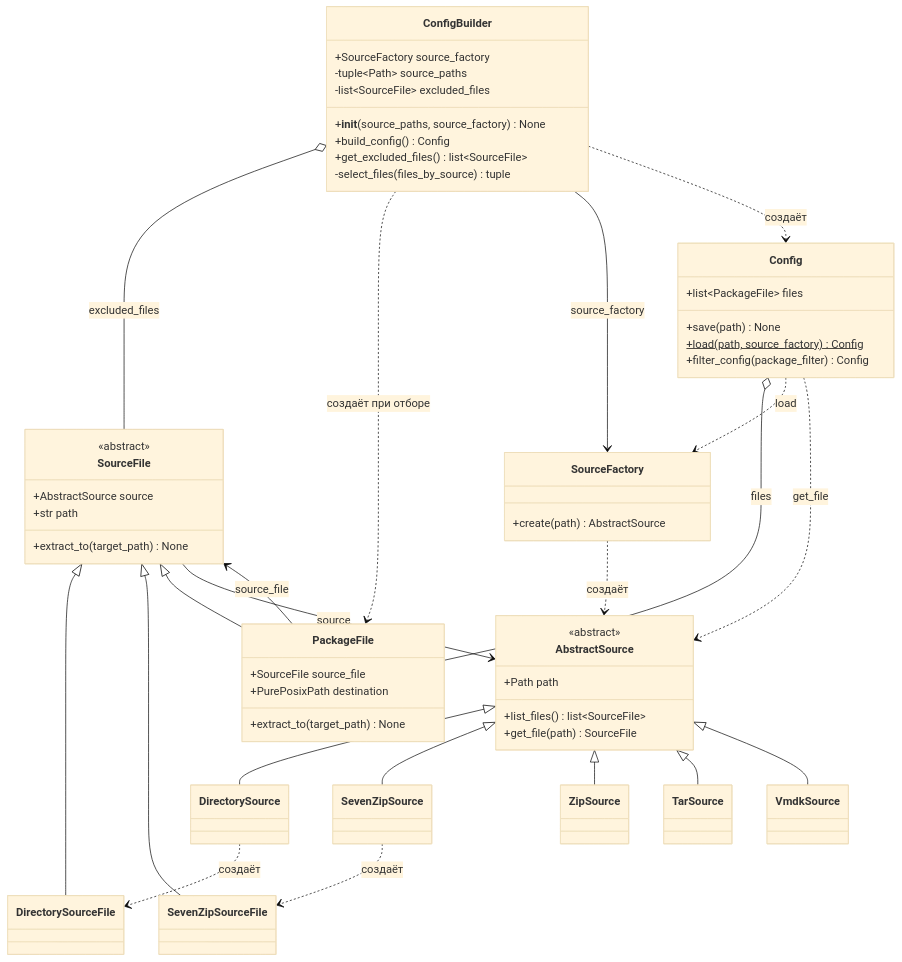
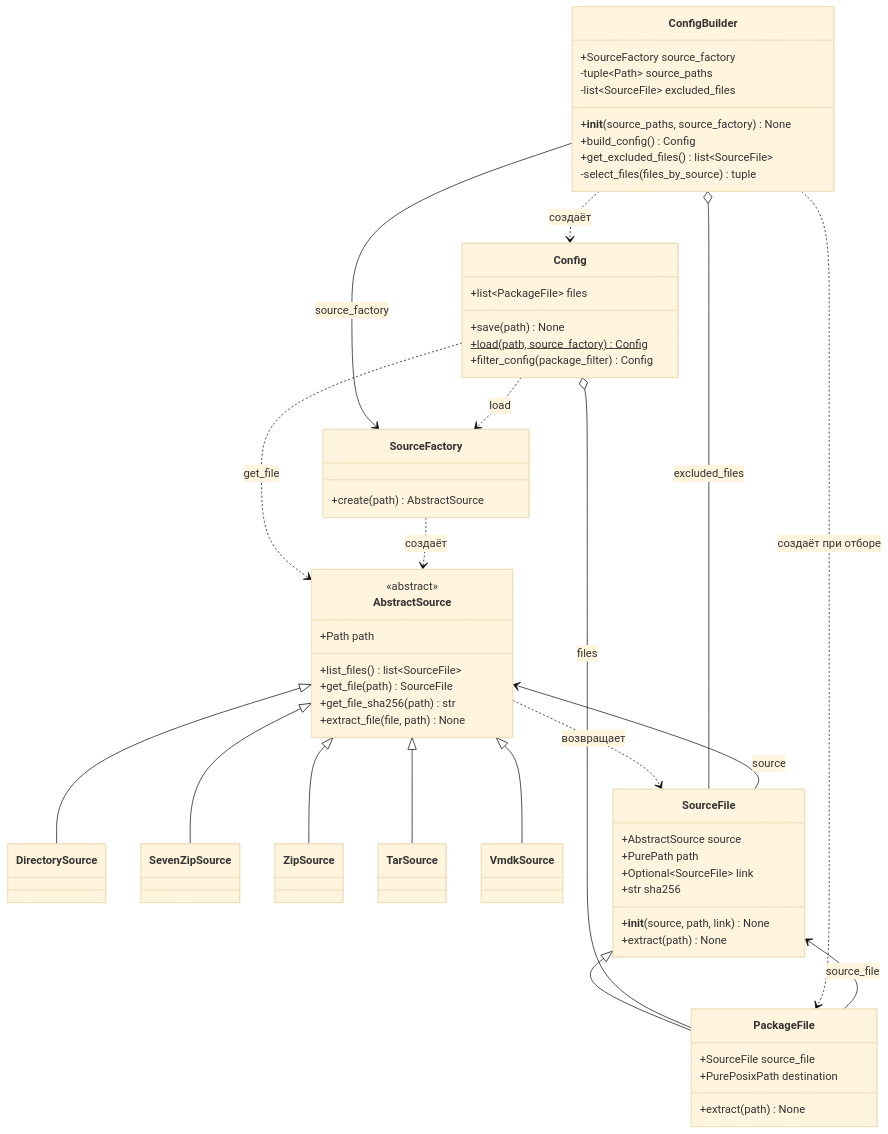
One commit to CPiracy/PWServer changed the first of 2 diagrams in research/package-builder-file-flow.ru.md. Above: the diagram before and after it, drawn with Mermaid (base theme). The commit also changed other lines of this file, not shown here.

Commit message:
Update package builder design documentation

````diff
--- a/research/package-builder-file-flow.ru.md
+++ b/research/package-builder-file-flow.ru.md
@@ -7,75 +7,74 @@
 ```mermaid
 classDiagram
     direction TB
 
     class AbstractSource {
         <<abstract>>
         +Path path
         +list_files() list~SourceFile~
         +get_file(path) SourceFile
+        +get_file_sha256(path) str
+        +extract_file(file, path) None
     }
 
     class DirectorySource
     class SevenZipSource
     class ZipSource
     class TarSource
     class VmdkSource
 
     class SourceFile {
-        <<abstract>>
+        +__init__(source, path, link) None
         +AbstractSource source
-        +str path
-        +extract_to(target_path) None
+        +PurePath path
+        +Optional~SourceFile~ link
+        +str sha256
+        +extract(path) None
     }
 
-    class DirectorySourceFile
-    class SevenZipSourceFile
 
     class PackageFile {
         +SourceFile source_file
         +PurePosixPath destination
-        +extract_to(target_path) None
+        +extract(path) None
     }
 
     class ConfigBuilder {
         +SourceFactory source_factory
         -tuple~Path~ source_paths
         -list~SourceFile~ excluded_files
         +__init__(source_paths, source_factory) None
         +build_config() Config
         +get_excluded_files() list~SourceFile~
         -select_files(files_by_source) tuple
     }
 
     class Config {
         +list~PackageFile~ files
         +save(path) None
         +load(path, source_factory) Config$
         +filter_config(package_filter) Config
     }
 
     class SourceFactory {
         +create(path) AbstractSource
     }
 
     AbstractSource <|-- DirectorySource
     AbstractSource <|-- SevenZipSource
     AbstractSource <|-- ZipSource
     AbstractSource <|-- TarSource
     AbstractSource <|-- VmdkSource
-    SourceFile <|-- DirectorySourceFile
-    SourceFile <|-- SevenZipSourceFile
     SourceFile <|-- PackageFile
-    DirectorySource ..> DirectorySourceFile : создаёт
-    SevenZipSource ..> SevenZipSourceFile : создаёт
+    AbstractSource ..> SourceFile : возвращает
     SourceFile --> AbstractSource : source
     PackageFile --> SourceFile : source_file
     Config o-- PackageFile : files
     ConfigBuilder o-- SourceFile : excluded_files
     ConfigBuilder ..> PackageFile : создаёт при отборе
     ConfigBuilder --> SourceFactory : source_factory
     ConfigBuilder ..> Config : создаёт
     Config ..> SourceFactory : load
     Config ..> AbstractSource : get_file
     SourceFactory ..> AbstractSource : создаёт
 ```
````
